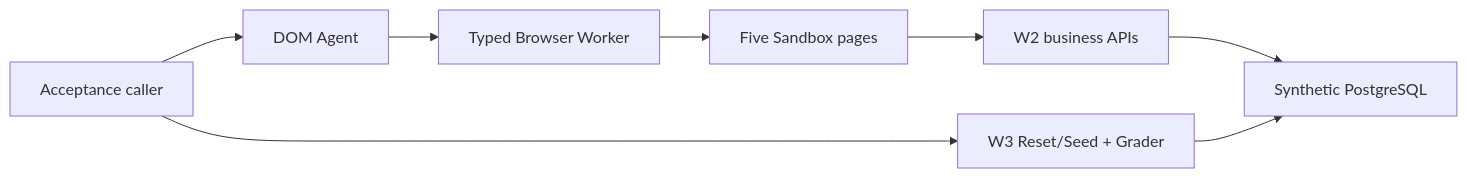
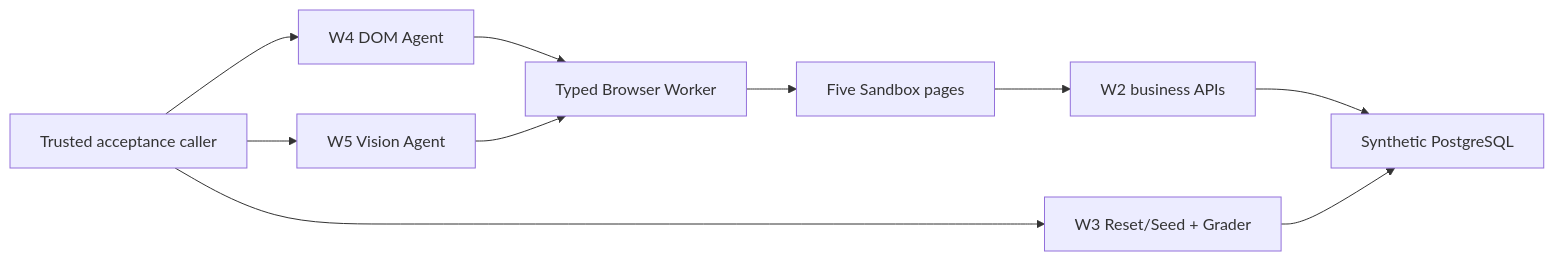
Before and after one commit to taka-wzx/flowpilot-arena: the diagram in README.md, drawn with Mermaid. The commit also changed other lines of this file and 37 other files, not shown here.

Commit message:
feat: add vision agent foundation

````diff
--- a/README.md
+++ b/README.md
@@ -24,10 +26,12 @@
-```mermaid
+~~~mermaid
 flowchart LR
-    Caller["Acceptance caller"] --> Arena["W3 Reset/Seed + Grader"]
-    Caller --> Agent["DOM Agent"]
-    Agent --> Worker["Typed Browser Worker"]
+    Caller["Trusted acceptance caller"] --> Arena["W3 Reset/Seed + Grader"]
+    Caller --> DomAgent["W4 DOM Agent"]
+    Caller --> VisionAgent["W5 Vision Agent"]
+    DomAgent --> Worker["Typed Browser Worker"]
+    VisionAgent --> Worker
     Worker --> Web["Five Sandbox pages"]
     Web --> API["W2 business APIs"]
     API --> DB["Synthetic PostgreSQL"]
     Arena --> DB
-```
+~~~
````
